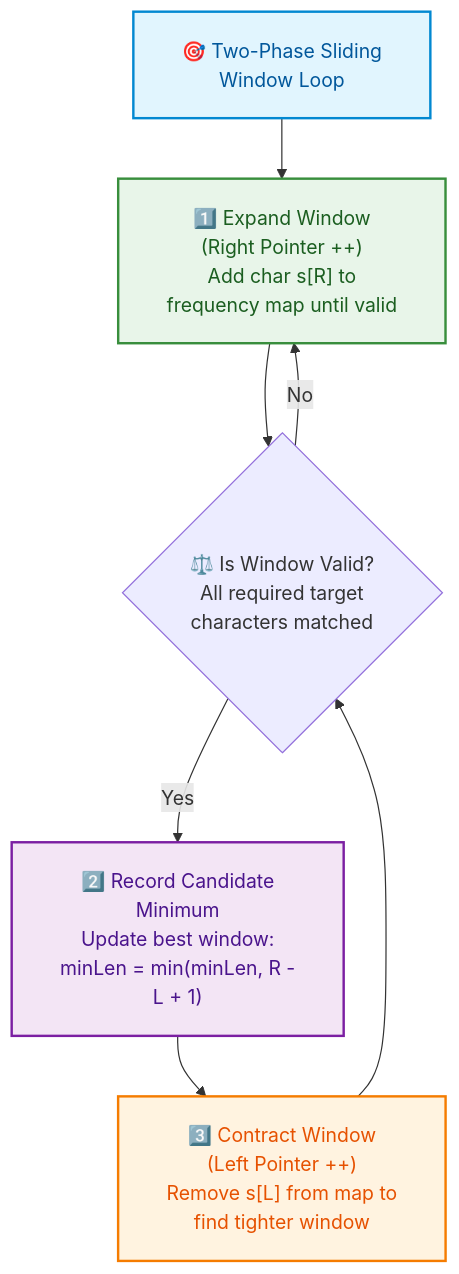
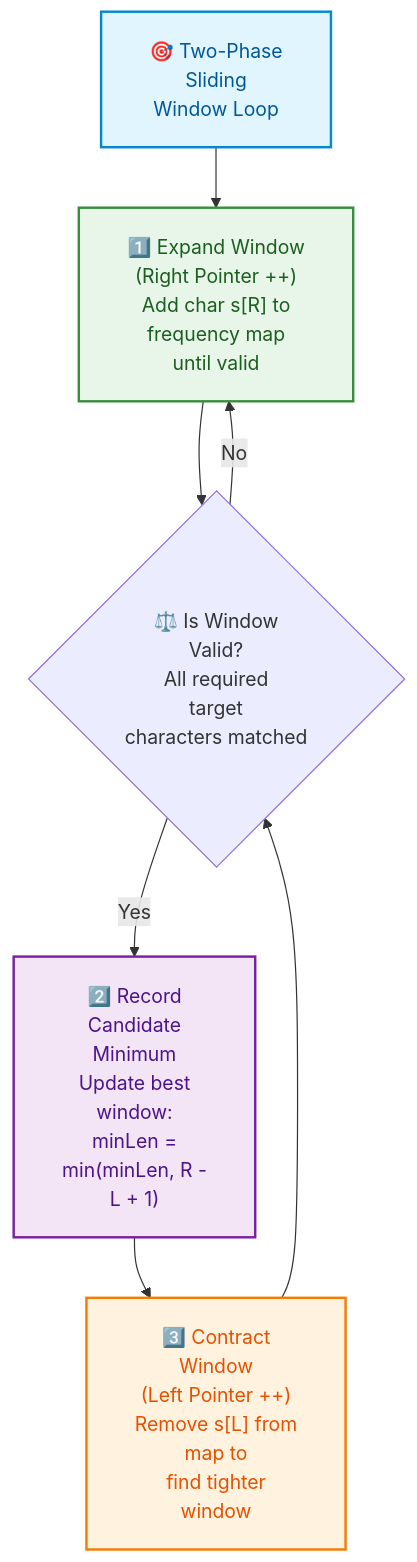
One commit to dip4k/DSA_102 changed the third of 6 diagrams in week_04_core_problem_solving_patterns_i/Week_04_Visual_Concepts_Playbook_HYBRID.md. Above: the diagram before and after it, drawn with Mermaid. The commit also changed other lines of this file and 106 other files, not shown here.

First line of the commit message:
fix(mermaid): prevent text clipping with foreignObject overflow and tighter line wrapping

````diff
--- a/week_04_core_problem_solving_patterns_i/Week_04_Visual_Concepts_Playbook_HYBRID.md
+++ b/week_04_core_problem_solving_patterns_i/Week_04_Visual_Concepts_Playbook_HYBRID.md
@@ -382,16 +382,16 @@
 ```mermaid
-%%{init: {"flowchart": {"htmlLabels": true, "padding": 20}}}%%
+%%{init: {"flowchart": {"htmlLabels": true, "padding": 20}, "themeCSS": "foreignObject { overflow: visible !important; }"}}%%
 flowchart TD
     classDef phase fill:#e1f5fe,stroke:#0288d1,color:#01579b,stroke-width:2px;
     classDef expand fill:#e8f5e9,stroke:#388e3c,color:#1b5e20,stroke-width:2px;
     classDef contract fill:#fff3e0,stroke:#f57c00,color:#e65100,stroke-width:2px;
     classDef update fill:#f3e5f5,stroke:#7b1fa2,color:#4a148c,stroke-width:2px;
 
-    S["🎯 Two-Phase Sliding<br/>Window Loop"]:::phase
-    S --> E["1️⃣ Expand Window<br/>(Right Pointer ++)<br/>Add char s[R] to<br/>frequency map until valid"]:::expand
-    E --> C{"⚖️ Is Window Valid?<br/>All required target<br/>characters matched"}
+    S["🎯 Two-Phase<br/>Sliding<br/>Window Loop"]:::phase
+    S --> E["1️⃣ Expand Window<br/>(Right Pointer ++)<br/>Add char s[R] to<br/>frequency map<br/>until valid"]:::expand
+    E --> C{"⚖️ Is Window<br/>Valid?<br/>All required<br/>target<br/>characters matched"}
     C -->|No| E
-    C -->|Yes| U["2️⃣ Record Candidate<br/>Minimum<br/>Update best window:<br/>minLen = min(minLen, R -<br/>L + 1)"]:::update
-    U --> K["3️⃣ Contract Window<br/>(Left Pointer ++)<br/>Remove s[L] from map to<br/>find tighter window"]:::contract
+    C -->|Yes| U["2️⃣ Record<br/>Candidate<br/>Minimum<br/>Update best<br/>window:<br/>minLen =<br/>min(minLen, R -<br/>L + 1)"]:::update
+    U --> K["3️⃣ Contract<br/>Window<br/>(Left Pointer ++)<br/>Remove s[L] from<br/>map to<br/>find tighter<br/>window"]:::contract
     K --> C
 ```
````
